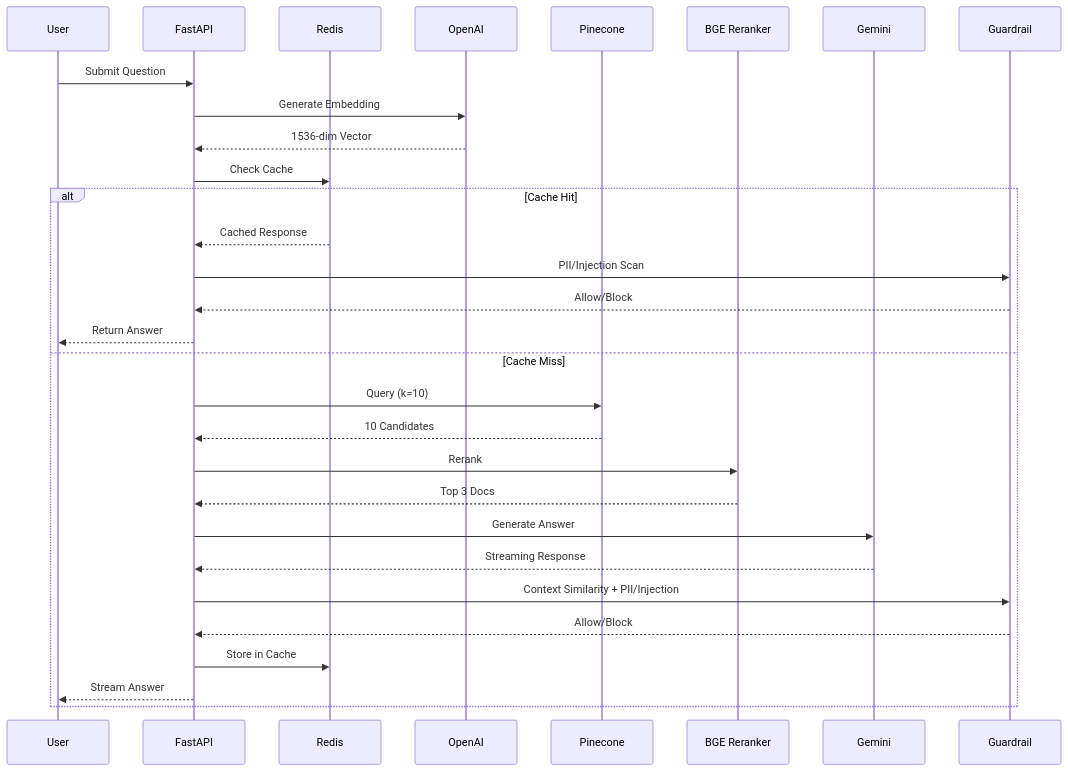
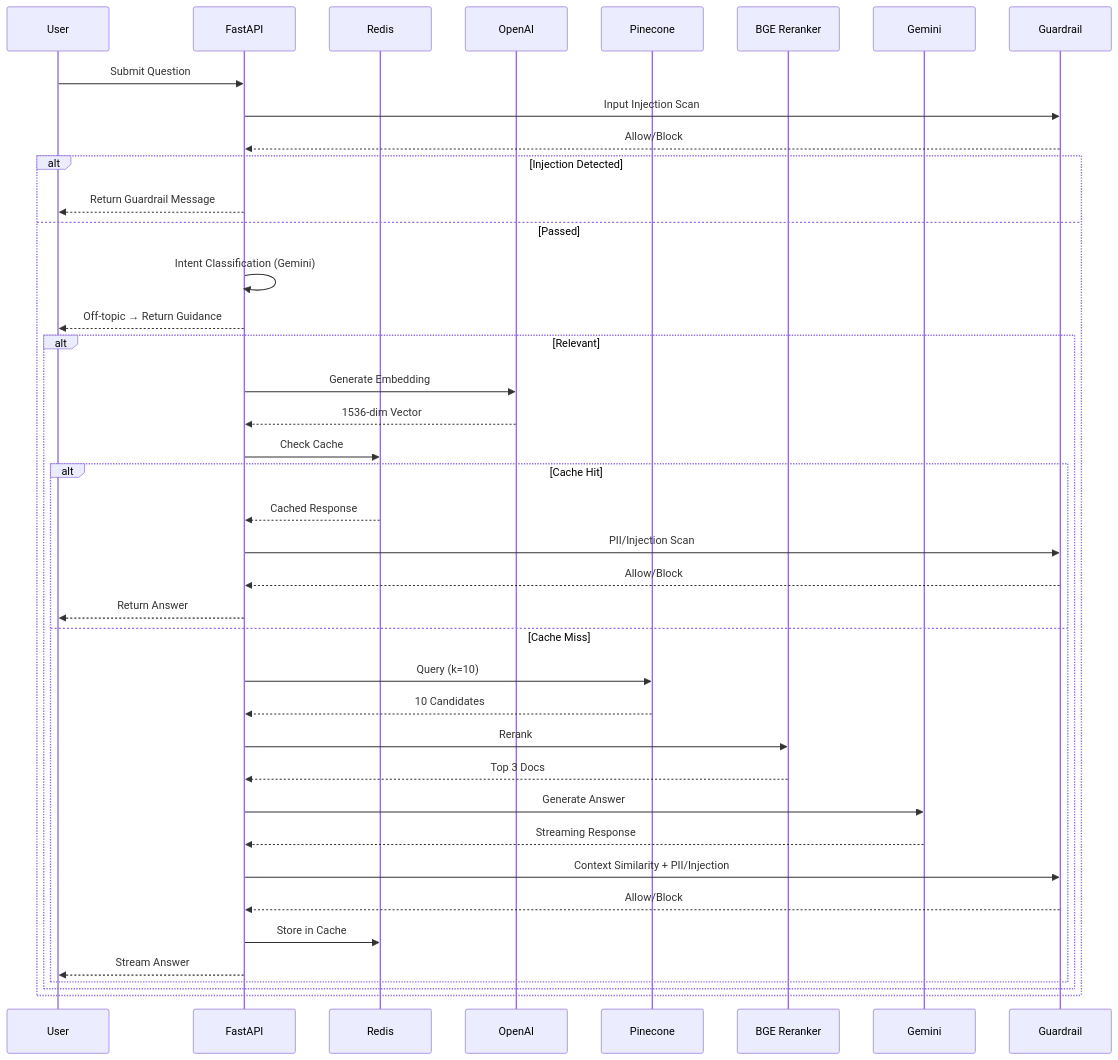
One commit to albertkingdom/rag-chatbot-demo changed the fourth of 4 diagrams in architecture.md. Above: the diagram before and after it, drawn with Mermaid. The commit also changed other lines of this file and 1 other file, not shown here.

Commit message:
docs: sync architecture and README with actual implementation
Add input injection guard to flowchart and sequence diagram, fix
guardrail context similarity threshold (0.72 → 0.3), and correct
line number references. Add MongoDB, LangSmith, BGE Reranker, and
missing Docker services to README.

````diff
--- a/architecture.md
+++ b/architecture.md
@@ -160,34 +164,46 @@
 ```mermaid
 sequenceDiagram
     participant U as User
     participant F as FastAPI
     participant R as Redis
     participant O as OpenAI
     participant P as Pinecone
     participant B as BGE Reranker
     participant G as Gemini
     participant GR as Guardrail
 
     U->>F: Submit Question
-    F->>O: Generate Embedding
-    O-->>F: 1536-dim Vector
-    F->>R: Check Cache
+    F->>GR: Input Injection Scan
+    GR-->>F: Allow/Block
 
-    alt Cache Hit
-        R-->>F: Cached Response
-        F->>GR: PII/Injection Scan
-        GR-->>F: Allow/Block
-        F-->>U: Return Answer
-    else Cache Miss
-        F->>P: Query (k=10)
-        P-->>F: 10 Candidates
-        F->>B: Rerank
-        B-->>F: Top 3 Docs
-        F->>G: Generate Answer
-        G-->>F: Streaming Response
-        F->>GR: Context Similarity + PII/Injection
-        GR-->>F: Allow/Block
-        F->>R: Store in Cache
-        F-->>U: Stream Answer
+    alt Injection Detected
+        F-->>U: Return Guardrail Message
+    else Passed
+        F->>F: Intent Classification (Gemini)
+        F-->>U: Off-topic → Return Guidance
+
+        alt Relevant
+            F->>O: Generate Embedding
+            O-->>F: 1536-dim Vector
+            F->>R: Check Cache
+
+            alt Cache Hit
+                R-->>F: Cached Response
+                F->>GR: PII/Injection Scan
+                GR-->>F: Allow/Block
+                F-->>U: Return Answer
+            else Cache Miss
+                F->>P: Query (k=10)
+                P-->>F: 10 Candidates
+                F->>B: Rerank
+                B-->>F: Top 3 Docs
+                F->>G: Generate Answer
+                G-->>F: Streaming Response
+                F->>GR: Context Similarity + PII/Injection
+                GR-->>F: Allow/Block
+                F->>R: Store in Cache
+                F-->>U: Stream Answer
+            end
+        end
     end
 ```
````
